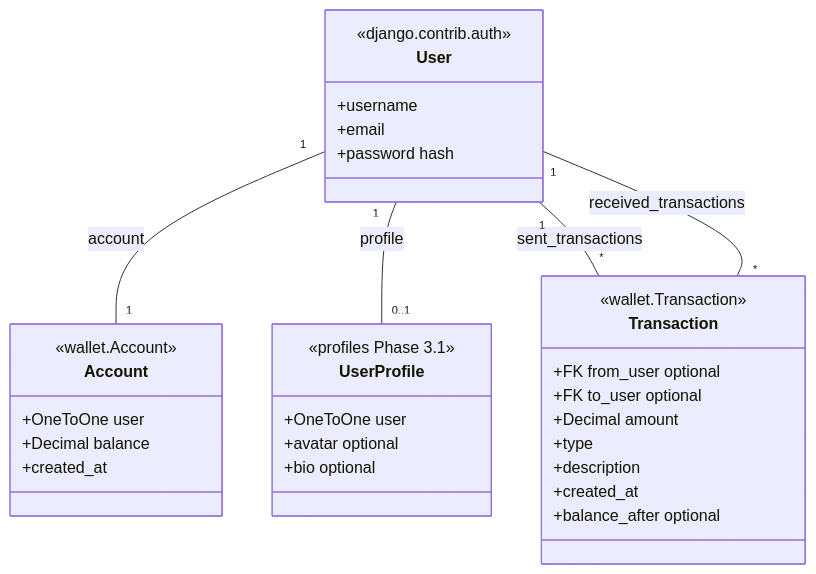
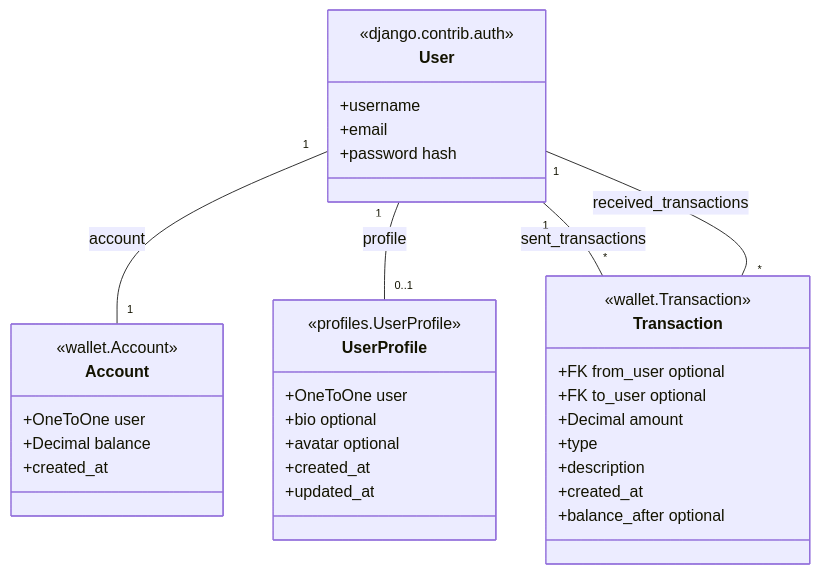
Before and after one commit to anibalrojosan/proggy-wallet: the diagram in docs/CLASS_DIAGRAM.md, drawn with Mermaid. The commit also changed other lines of this file and 9 other files, not shown here.

````diff
--- a/docs/CLASS_DIAGRAM.md
+++ b/docs/CLASS_DIAGRAM.md
@@ -7,39 +7,41 @@
 ```mermaid
 classDiagram
     class User {
         <<django.contrib.auth>>
         +username
         +email
         +password hash
     }
 
     class UserProfile {
-        <<profiles Phase 3.1>>
+        <<profiles.UserProfile>>
         +OneToOne user
+        +bio optional
         +avatar optional
-        +bio optional
+        +created_at
+        +updated_at
     }
 
     class Account {
         <<wallet.Account>>
         +OneToOne user
         +Decimal balance
         +created_at
     }
 
     class Transaction {
         <<wallet.Transaction>>
         +FK from_user optional
         +FK to_user optional
         +Decimal amount
         +type
         +description
         +created_at
         +balance_after optional
     }
 
     User "1" -- "1" Account : account
     User "1" -- "0..1" UserProfile : profile
     User "1" -- "*" Transaction : sent_transactions
     User "1" -- "*" Transaction : received_transactions
 ```
````
